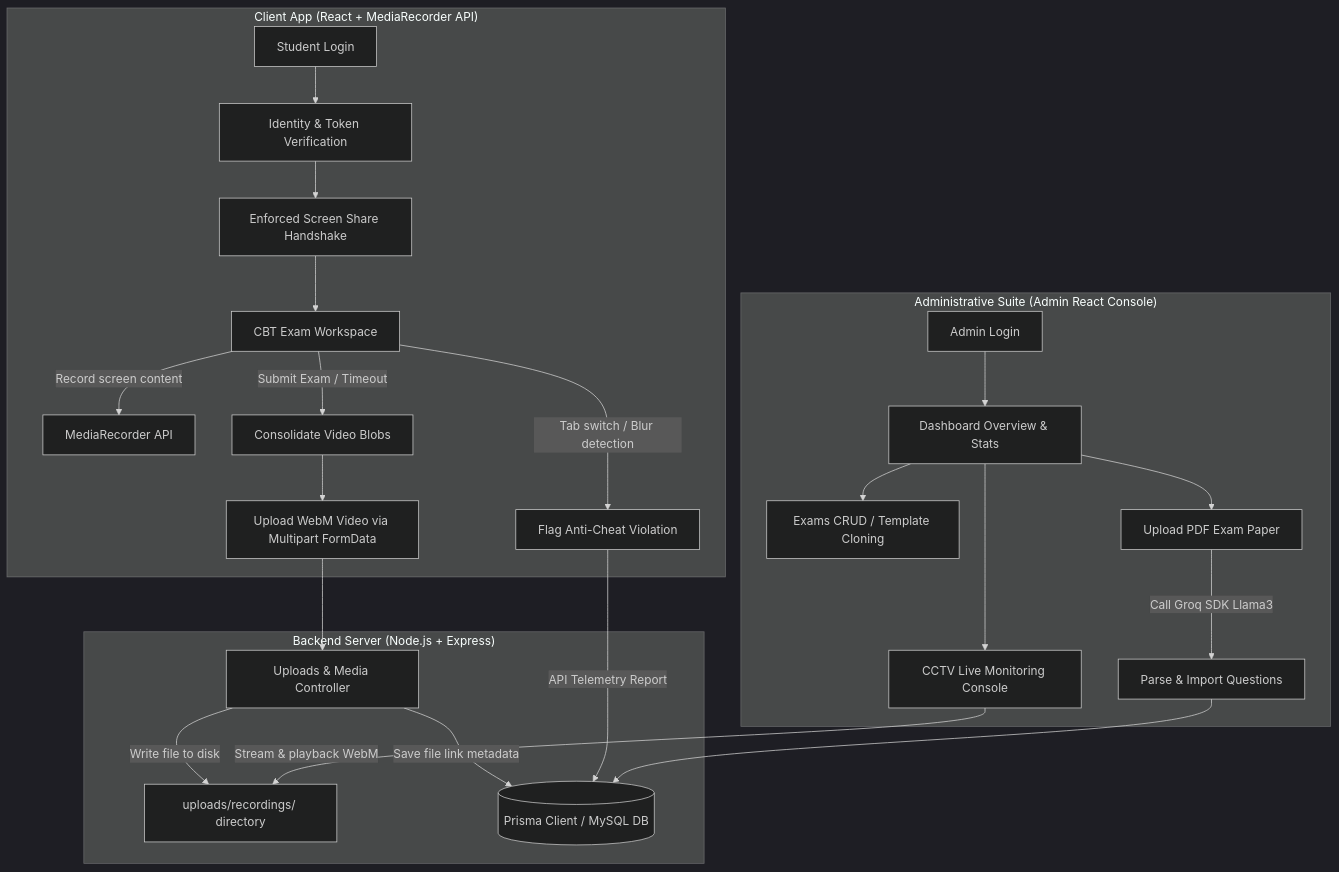
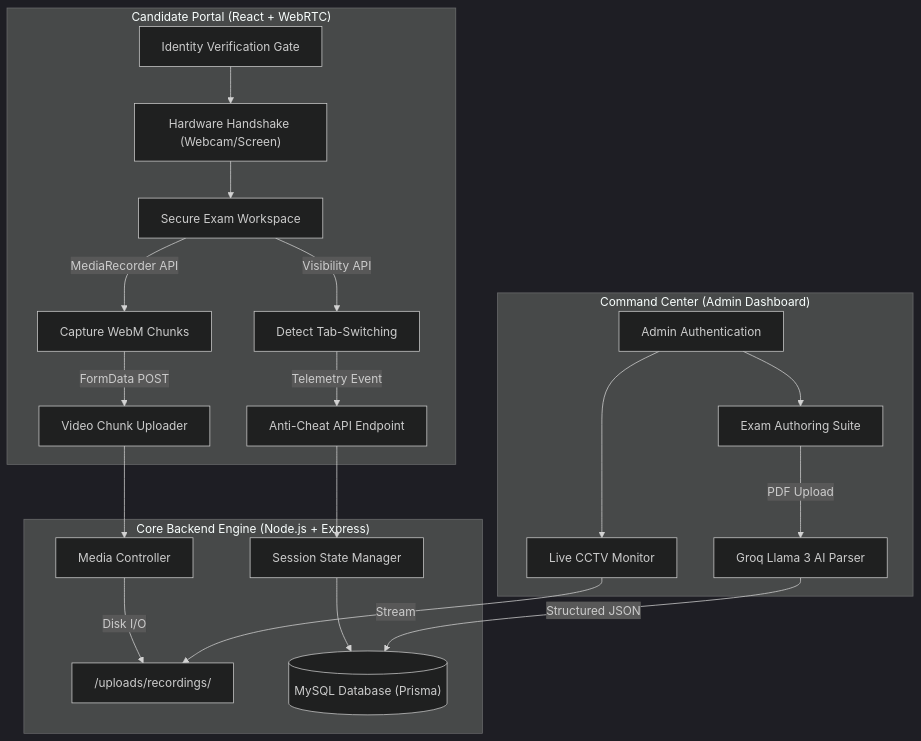
One commit to ksisiksksks/cbtpro changed the diagram in README.md. Above: the diagram before and after it, drawn with Mermaid (dark theme). The commit also changed other lines of this file, not shown here.

````diff
--- a/README.md
+++ b/README.md
@@ -69,27 +79,24 @@
 ```mermaid
 graph TD
-    subgraph "Client App (React + MediaRecorder API)"
-        A["Student Login"] --> B["Identity & Token Verification"]
-        B --> C["Enforced Screen Share Handshake"]
-        C --> D["CBT Exam Workspace"]
-        D -->|Record screen content| E["MediaRecorder API"]
-        D -->|Tab switch / Blur detection| F["Flag Anti-Cheat Violation"]
-        D -->|Submit Exam / Timeout| G["Consolidate Video Blobs"]
-        G --> H["Upload WebM Video via Multipart FormData"]
+    subgraph "Candidate Portal (React + WebRTC)"
+        A["Identity Verification Gate"] --> B["Hardware Handshake (Webcam/Screen)"]
+        B --> C["Secure Exam Workspace"]
+        C -->|MediaRecorder API| D["Capture WebM Chunks"]
+        C -->|Visibility API| E["Detect Tab-Switching"]
+        D -->|FormData POST| F["Video Chunk Uploader"]
+        E -->|Telemetry Event| G["Anti-Cheat API Endpoint"]
     end
-    subgraph "Backend Server (Node.js + Express)"
-        H --> I["Uploads & Media Controller"]
-        I -->|Write file to disk| J["uploads/recordings/ directory"]
-        I -->|Save file link metadata| K[("Prisma Client / MySQL DB")]
-        F -->|API Telemetry Report| K
+    subgraph "Core Backend Engine (Node.js + Express)"
+        F --> H["Media Controller"]
+        H -->|Disk I/O| I["/uploads/recordings/"]
+        G --> J["Session State Manager"]
+        J --> K[("MySQL Database (Prisma)")]
     end
-    subgraph "Administrative Suite (Admin React Console)"
-        L["Admin Login"] --> M["Dashboard Overview & Stats"]
-        M --> N["Exams CRUD / Template Cloning"]
-        M --> O["CCTV Live Monitoring Console"]
-        O -->|Stream & playback WebM| J
-        M --> P["Upload PDF Exam Paper"]
-        P -->|Call Groq SDK Llama3| Q["Parse & Import Questions"]
-        Q --> K
+    subgraph "Command Center (Admin Dashboard)"
+        L["Admin Authentication"] --> M["Live CCTV Monitor"]
+        M -->|Stream| I
+        L --> N["Exam Authoring Suite"]
+        N -->|PDF Upload| O["Groq Llama 3 AI Parser"]
+        O -->|Structured JSON| K
     end
 ```
````
